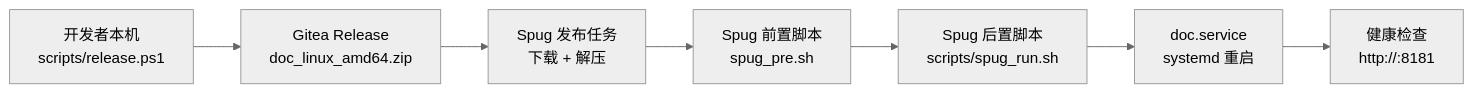
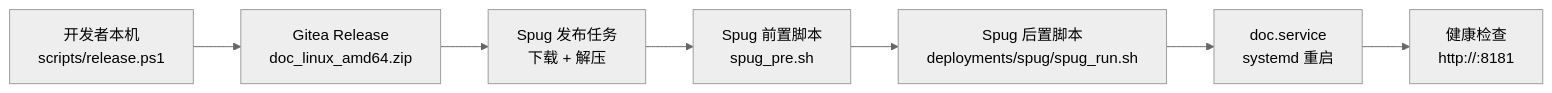
Before and after one commit to astrueus/doc: the diagram in docs/deploy-spug-local.md, drawn with Mermaid (neutral theme). The commit also changed other lines of this file and 8 other files, not shown here.

````diff
--- a/docs/deploy-spug-local.md
+++ b/docs/deploy-spug-local.md
@@ -15,9 +15,9 @@
 ```mermaid
 flowchart LR
     A[开发者本机<br/>scripts/release.ps1] --> B[Gitea Release<br/>doc_linux_amd64.zip]
     B --> C[Spug 发布任务<br/>下载 + 解压]
     C --> D[Spug 前置脚本<br/>spug_pre.sh]
-    D --> E[Spug 后置脚本<br/>scripts/spug_run.sh]
+    D --> E[Spug 后置脚本<br/>deployments/spug/spug_run.sh]
     E --> F[doc.service<br/>systemd 重启]
     F --> G[健康检查<br/>http://:8181]
 ```
````
